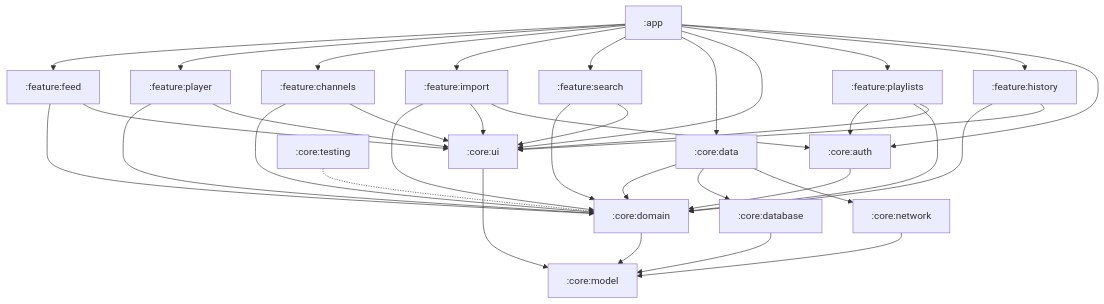
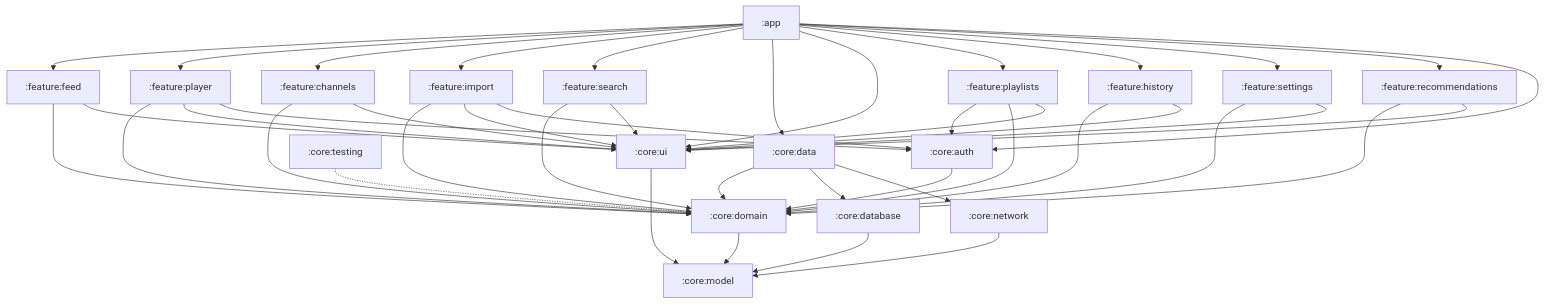
The diagram in docs/ARCHITECTURE.md (t1matoma/useful-youtube), drawn with Mermaid before and after one commit. The commit also changed other lines of this file and 3 other files, not shown here.

Commit message:
docs: describe likes, chapters, recommendations and settings

````diff
--- a/docs/ARCHITECTURE.md
+++ b/docs/ARCHITECTURE.md
@@ -8,41 +8,48 @@
 ```mermaid
 graph TD
     app[":app"] --> feed[":feature:feed"]
     app --> player[":feature:player"]
     app --> channels[":feature:channels"]
     app --> import[":feature:import"]
     app --> search[":feature:search"]
     app --> data[":core:data"]
     app --> ui[":core:ui"]
 
     feed --> domain[":core:domain"]
     player --> domain
     channels --> domain
     import --> domain
     search --> domain
     search --> ui
     feed --> ui
     player --> ui
     channels --> ui
     import --> ui
     import --> auth[":core:auth"]
     playlists[":feature:playlists"] --> auth
     playlists --> domain
     playlists --> ui
     app --> playlists
     app --> history[":feature:history"]
     history --> domain
     history --> ui
+    app --> settings[":feature:settings"]
+    settings --> domain
+    settings --> ui
+    app --> recommendations[":feature:recommendations"]
+    recommendations --> domain
+    recommendations --> ui
+    player --> auth
     app --> auth
     auth --> domain
 
     data --> domain
     data --> database[":core:database"]
     data --> network[":core:network"]
     domain --> model[":core:model"]
     database --> model
     network --> model
     ui --> model
 
     testing[":core:testing"] -.-> domain
 ```
````
